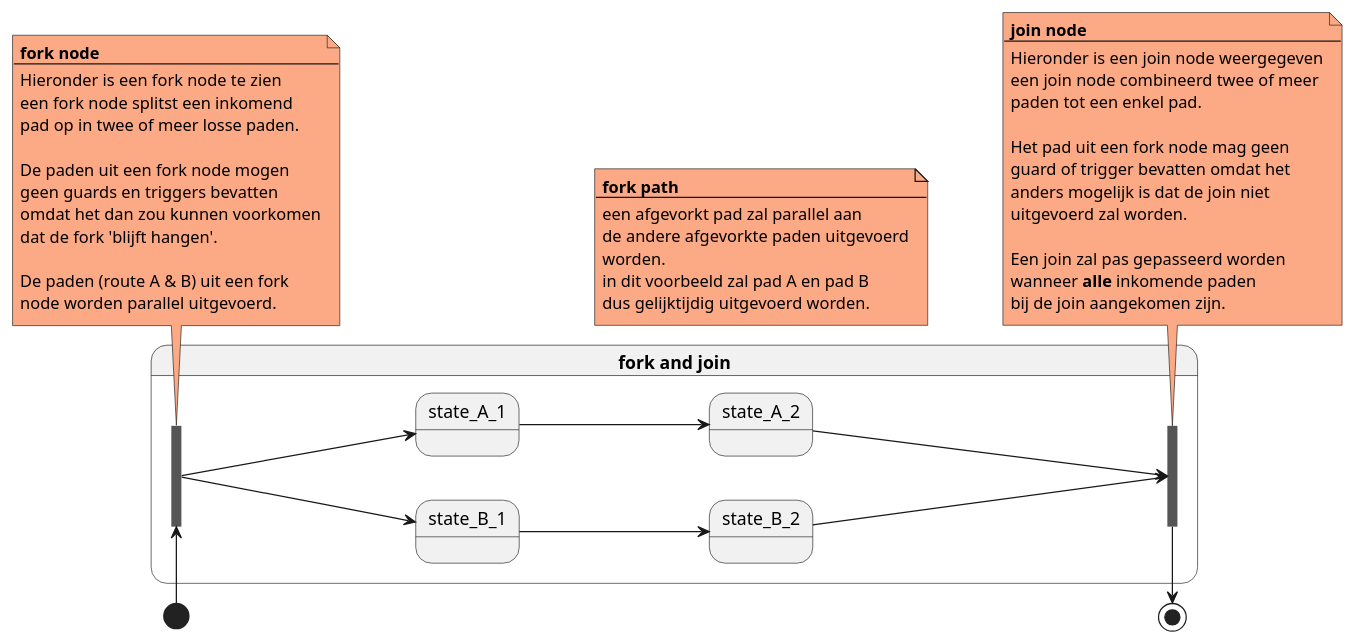
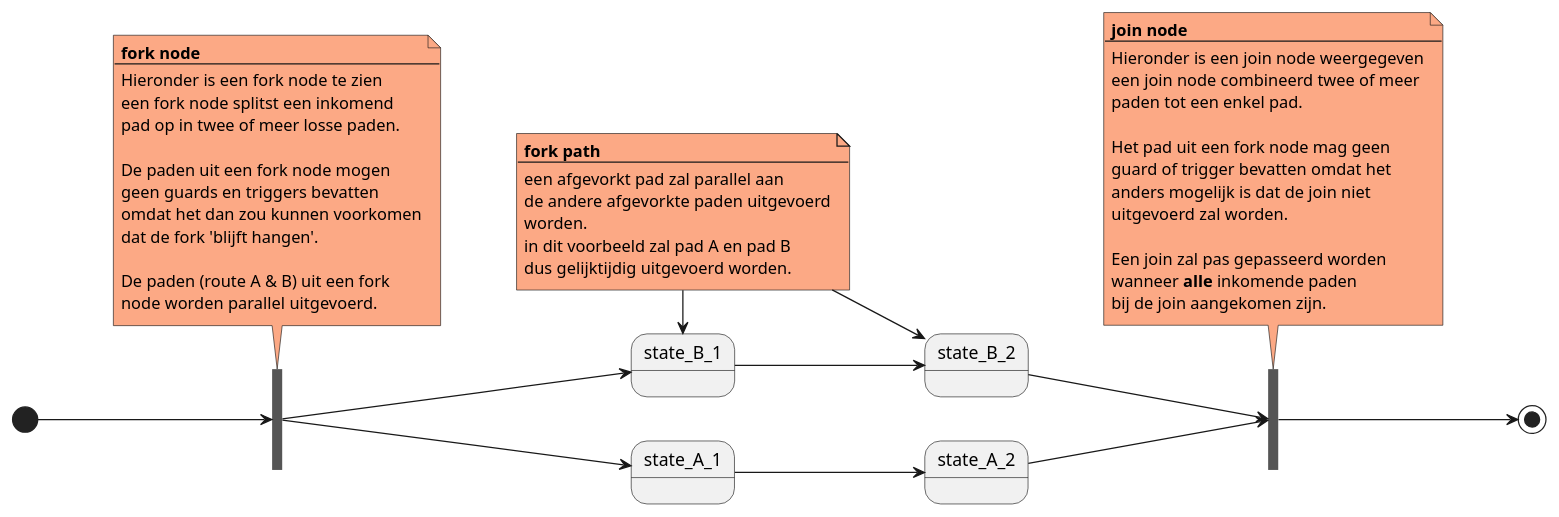
Before and after one commit to LukevLuijn/cheat_sheet_osm_mo: the diagram in plantuml/state/fork_join.puml, drawn with PlantUML. The commit also changed 28 other files, not shown here.

Commit message:
[cheat-sheet] added colors to all diagrams #2.

```diff
--- a/plantuml/state/fork_join.puml
+++ b/plantuml/state/fork_join.puml
@@ -1,66 +1,70 @@
 @startuml
 'https://plantuml.com/state-diagram
 
 left to right direction
 
-state s1 as "**fork and join**"{
-    state fork_state <<fork>>
-    state join_state <<join>>
+state fork_state <<fork>>
+state join_state <<join>>
 
-    fork_state --> state_B_1
-    fork_state --> state_A_1
+fork_state --> state_B_1
+fork_state --> state_A_1
 
-    state_B_1 --> state_B_2
-    state_A_1 --> state_A_2
+state_B_1 --> state_B_2
+state_A_1 --> state_A_2
 
-    state_B_2 --> join_state
-    state_A_2 --> join_state
-}
-[*] -> fork_state
-join_state -left-> [*]
+state_B_2 --> join_state
+state_A_2 --> join_state
 
-note bottom of fork_state #FCA985
+[*] --> fork_state
+join_state --> [*]
+
+note as n1 #FCA985
     **fork node**
     --
     Hieronder is een fork node te zien
     een fork node splitst een inkomend
     pad op in twee of meer losse paden.
 
     De paden uit een fork node mogen
     geen guards en triggers bevatten
     omdat het dan zou kunnen voorkomen
     dat de fork 'blijft hangen'.
 
     De paden (route A & B) uit een fork
     node worden parallel uitgevoerd.
 end note
 
-note bottom of join_state #FCA985
+note as n2 #FCA985
     **join node**
     --
     Hieronder is een join node weergegeven
     een join node combineerd twee of meer
     paden tot een enkel pad.
 
     Het pad uit een fork node mag geen
     guard of trigger bevatten omdat het
     anders mogelijk is dat de join niet
     uitgevoerd zal worden.
 
     Een join zal pas gepasseerd worden
     wanneer **alle** inkomende paden
     bij de join aangekomen zijn.
 end note
 
-note as n1 #FCA985
+note as n3 #FCA985
     **fork path**
     --
     een afgevorkt pad zal parallel aan
     de andere afgevorkte paden uitgevoerd
     worden.
     in dit voorbeeld zal pad A en pad B
     dus gelijktijdig uitgevoerd worden.
 end note
-n1 -[hidden]left-> state_B_2
+
+n1 -right-> fork_state
+n2 -right-> join_state
+
+n3 -right-> state_B_1
+n3 -right-> state_B_2
 
 @enduml
```
